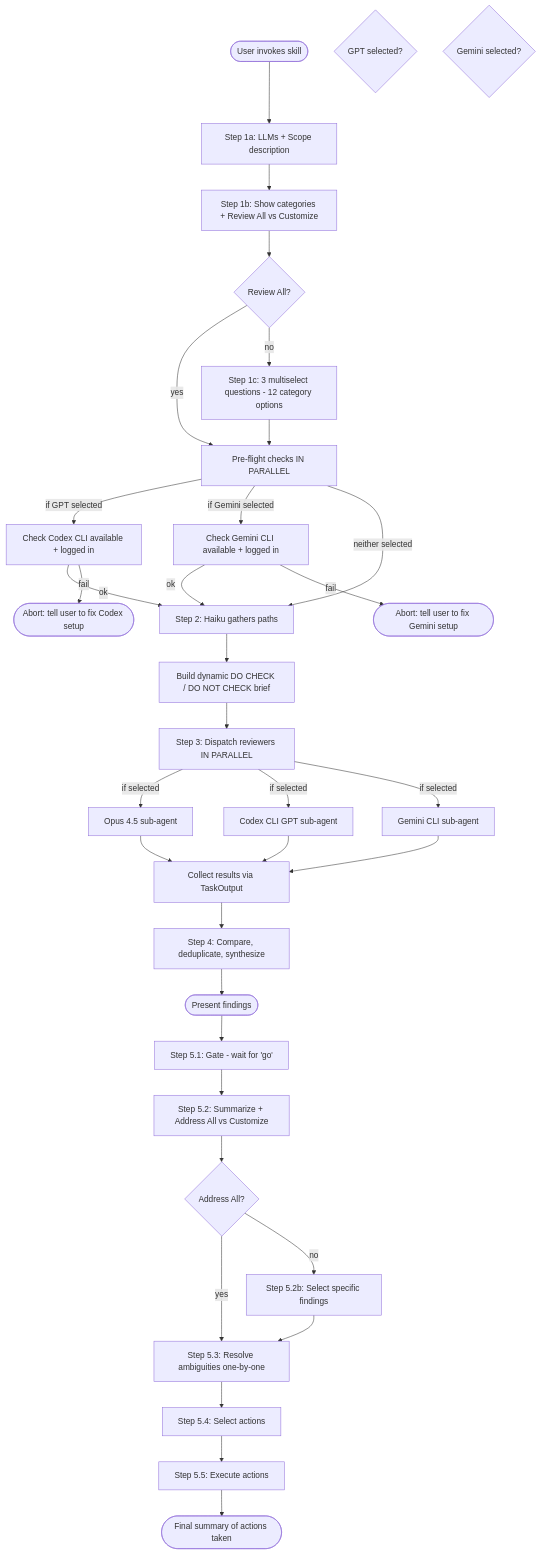
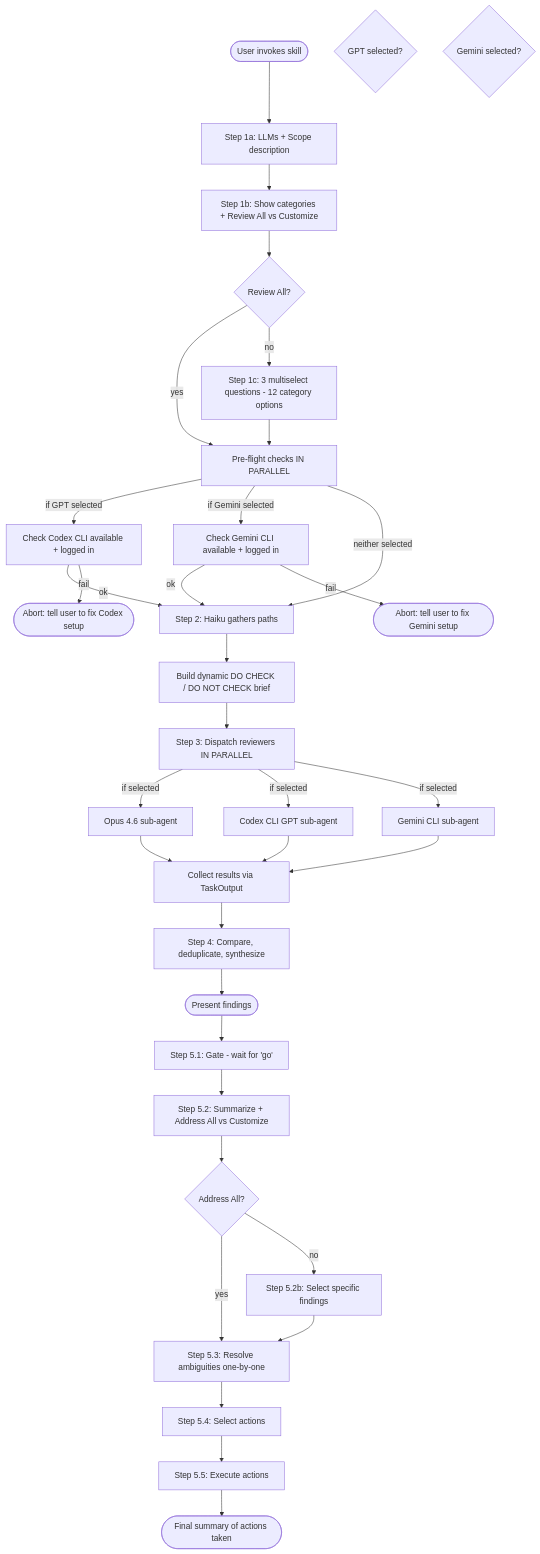
One commit to Xexr/marketplace changed the first of 2 diagrams in plugins/review-documentation/skills/review-documentation/SKILL.md. Above: the diagram before and after it, drawn with Mermaid. The commit also changed other lines of this file and 4 other files, not shown here.

````diff
--- a/plugins/review-documentation/skills/review-documentation/SKILL.md
+++ b/plugins/review-documentation/skills/review-documentation/SKILL.md
@@ -19,65 +19,65 @@
 ```mermaid
 flowchart TD
     start([User invokes skill])
     ask_llms[Step 1a: LLMs + Scope description]
     show_cats[Step 1b: Show categories + Review All vs Customize]
     fast_track_cats{Review All?}
     ask_cats[Step 1c: 3 multiselect questions - 12 category options]
     preflight_gpt{GPT selected?}
     check_gpt[Check Codex CLI available + logged in]
     fail_gpt([Abort: tell user to fix Codex setup])
     preflight_gemini{Gemini selected?}
     check_gemini[Check Gemini CLI available + logged in]
     fail_gemini([Abort: tell user to fix Gemini setup])
     haiku[Step 2: Haiku gathers paths]
     build_brief[Build dynamic DO CHECK / DO NOT CHECK brief]
     dispatch[Step 3: Dispatch reviewers IN PARALLEL]
-    opus[Opus 4.5 sub-agent]
+    opus[Opus 4.6 sub-agent]
     gpt[Codex CLI GPT sub-agent]
     gemini[Gemini CLI sub-agent]
     collect[Collect results via TaskOutput]
     synthesize[Step 4: Compare, deduplicate, synthesize]
     findings([Present findings])
     gate[Step 5.1: Gate - wait for 'go']
     show_concerns[Step 5.2: Summarize + Address All vs Customize]
     fast_track_concerns{Address All?}
     select_concerns[Step 5.2b: Select specific findings]
     resolve_ambig[Step 5.3: Resolve ambiguities one-by-one]
     select_actions[Step 5.4: Select actions]
     execute[Step 5.5: Execute actions]
     summary([Final summary of actions taken])
 
     start --> ask_llms
     ask_llms --> show_cats
     show_cats --> fast_track_cats
     fast_track_cats -->|yes| preflight_checks
     fast_track_cats -->|no| ask_cats
     ask_cats --> preflight_checks
     preflight_checks[Pre-flight checks IN PARALLEL]
     preflight_checks -->|if GPT selected| check_gpt
     preflight_checks -->|if Gemini selected| check_gemini
     preflight_checks -->|neither selected| haiku
     check_gpt -->|ok| haiku
     check_gpt -->|fail| fail_gpt
     check_gemini -->|ok| haiku
     check_gemini -->|fail| fail_gemini
     haiku --> build_brief
     build_brief --> dispatch
     dispatch -->|if selected| opus
     dispatch -->|if selected| gpt
     dispatch -->|if selected| gemini
     opus --> collect
     gpt --> collect
     gemini --> collect
     collect --> synthesize
     synthesize --> findings
     findings --> gate
     gate --> show_concerns
     show_concerns --> fast_track_concerns
     fast_track_concerns -->|yes| resolve_ambig
     fast_track_concerns -->|no| select_concerns
     select_concerns --> resolve_ambig
     resolve_ambig --> select_actions
     select_actions --> execute
     execute --> summary
 ```
````
